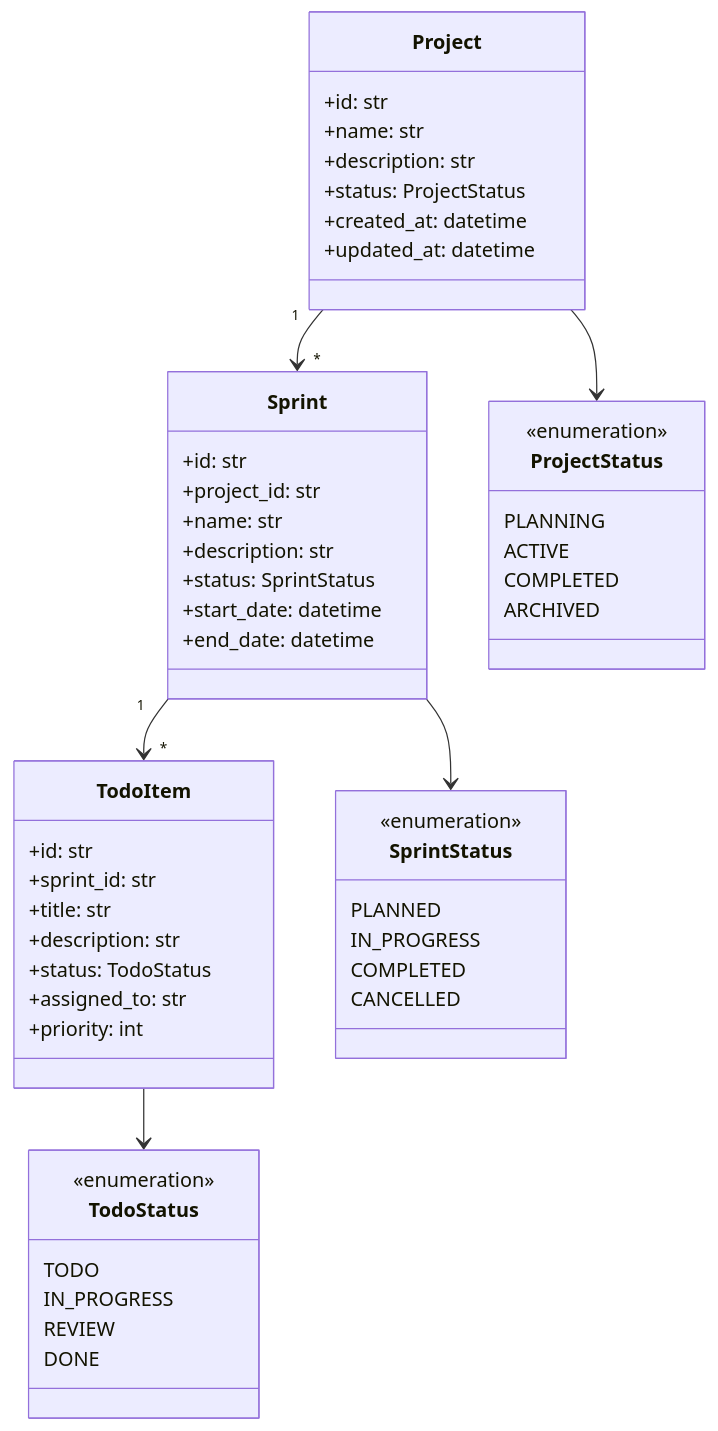
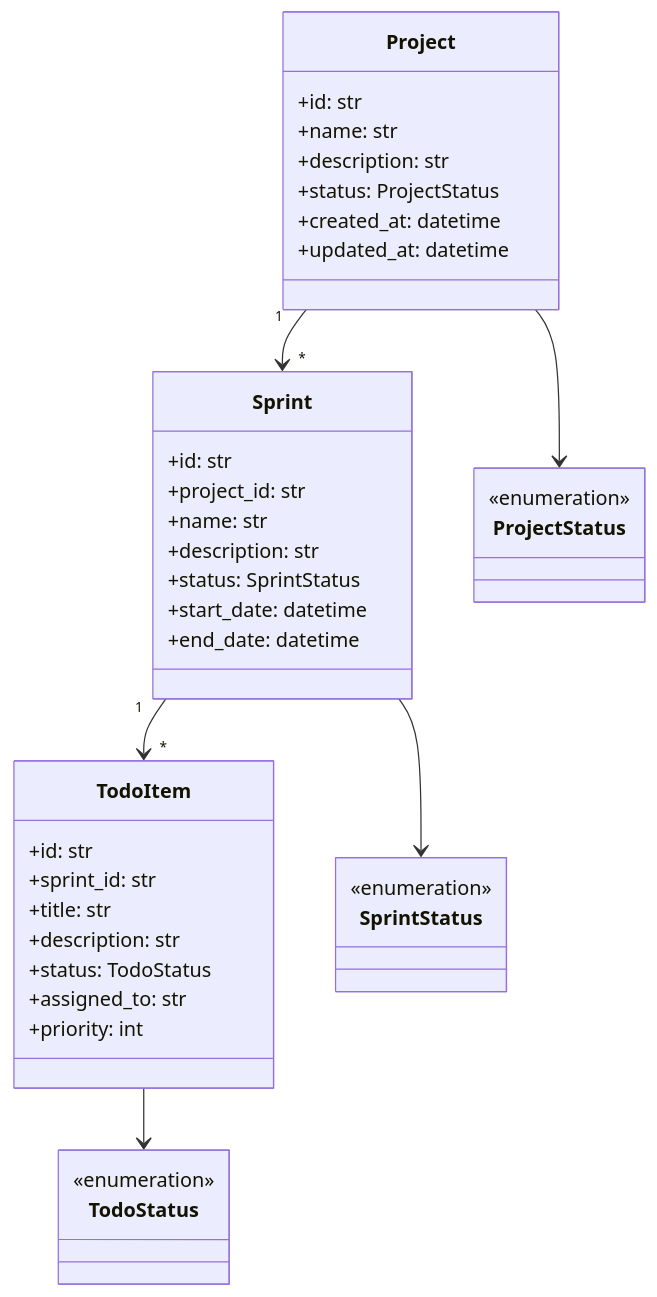
One commit to dustland/roboco changed the second of 3 diagrams in docs/object_model.md. Above: the diagram before and after it, drawn with Mermaid. The commit also changed other lines of this file and 78 other files, not shown here.

````diff
--- a/docs/object_model.md
+++ b/docs/object_model.md
@@ -45,61 +45,41 @@
 ```mermaid
 classDiagram
     Project "1" --> "*" Sprint
     Sprint "1" --> "*" TodoItem
     Project --> ProjectStatus
     Sprint --> SprintStatus
     TodoItem --> TodoStatus
-    
+
     class Project {
         +id: str
         +name: str
         +description: str
         +status: ProjectStatus
         +created_at: datetime
         +updated_at: datetime
     }
-    
+
     class Sprint {
         +id: str
         +project_id: str
         +name: str
         +description: str
         +status: SprintStatus
         +start_date: datetime
         +end_date: datetime
     }
-    
+
     class TodoItem {
         +id: str
         +sprint_id: str
         +title: str
         +description: str
         +status: TodoStatus
         +assigned_to: str
         +priority: int
     }
-    
-    class ProjectStatus {
-        <<enumeration>>
-        PLANNING
-        ACTIVE
-        COMPLETED
-        ARCHIVED
-    }
-    
-    class SprintStatus {
-        <<enumeration>>
-        PLANNED
-        IN_PROGRESS
-        COMPLETED
-        CANCELLED
-    }
-    
-    class TodoStatus {
-        <<enumeration>>
-        TODO
-        IN_PROGRESS
-        REVIEW
-        DONE
-    }
+
+    class ProjectStatus {<<enumeration>>}
+    class SprintStatus {<<enumeration>>}
+    class TodoStatus {<<enumeration>>}
 ```
````
